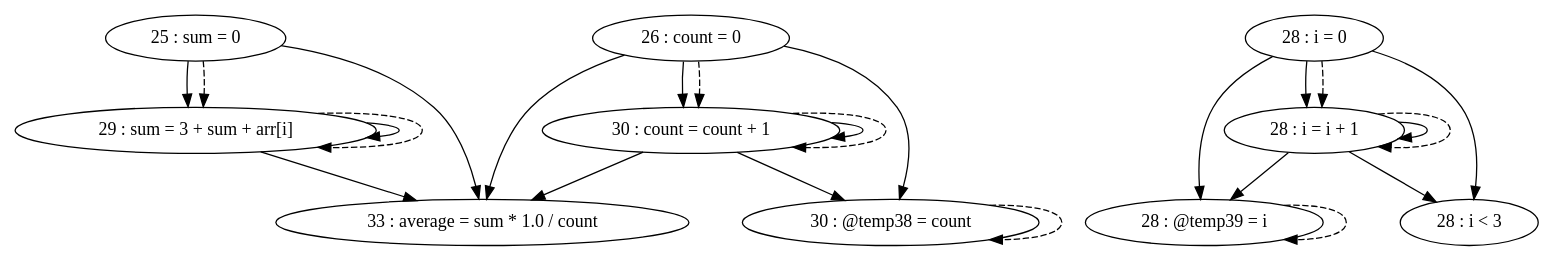
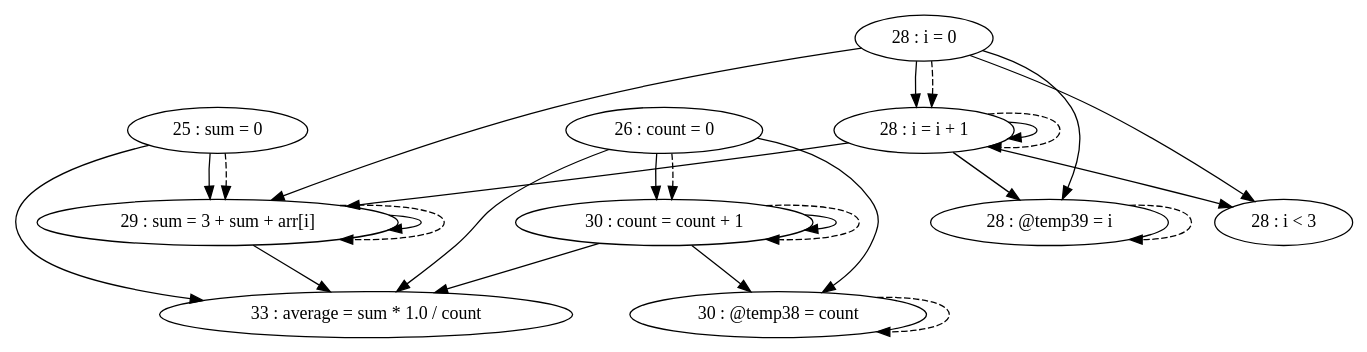
The diagram in pdg/source/testFiles/TestCases/TestCase8/TestCase8-test2.gv (thomassimko/thesis-code-duplication), drawn with Graphviz before and after one commit. The commit also changed 33 other files, not shown here.

```diff
--- a/pdg/source/testFiles/TestCases/TestCase8/TestCase8-test2.gv
+++ b/pdg/source/testFiles/TestCases/TestCase8/TestCase8-test2.gv
@@ -1,36 +1,38 @@
 digraph G {
 "25 : sum = 0"
 "25 : sum = 0" -> "29 : sum = 3 + sum + arr[i]"
 "25 : sum = 0" -> "33 : average = sum * 1.0 / count"
 "25 : sum = 0" -> "29 : sum = 3 + sum + arr[i]" [style=dashed]
 "26 : count = 0"
 "26 : count = 0" -> "30 : @temp38 = count"
 "26 : count = 0" -> "30 : count = count + 1"
 "26 : count = 0" -> "33 : average = sum * 1.0 / count"
 "26 : count = 0" -> "30 : count = count + 1" [style=dashed]
 "28 : i = 0"
 "28 : i = 0" -> "28 : i = i + 1"
+"28 : i = 0" -> "29 : sum = 3 + sum + arr[i]"
 "28 : i = 0" -> "28 : @temp39 = i"
 "28 : i = 0" -> "28 : i < 3"
 "28 : i = 0" -> "28 : i = i + 1" [style=dashed]
 "28 : i < 3"
 "29 : sum = 3 + sum + arr[i]"
 "29 : sum = 3 + sum + arr[i]" -> "29 : sum = 3 + sum + arr[i]"
 "29 : sum = 3 + sum + arr[i]" -> "33 : average = sum * 1.0 / count"
 "29 : sum = 3 + sum + arr[i]" -> "29 : sum = 3 + sum + arr[i]" [style=dashed]
 "30 : @temp38 = count"
 "30 : @temp38 = count" -> "30 : @temp38 = count" [style=dashed]
 "30 : count = count + 1"
 "30 : count = count + 1" -> "30 : @temp38 = count"
 "30 : count = count + 1" -> "30 : count = count + 1"
 "30 : count = count + 1" -> "33 : average = sum * 1.0 / count"
 "30 : count = count + 1" -> "30 : count = count + 1" [style=dashed]
 "28 : @temp39 = i"
 "28 : @temp39 = i" -> "28 : @temp39 = i" [style=dashed]
 "28 : i = i + 1"
 "28 : i = i + 1" -> "28 : i = i + 1"
+"28 : i = i + 1" -> "29 : sum = 3 + sum + arr[i]"
 "28 : i = i + 1" -> "28 : @temp39 = i"
 "28 : i = i + 1" -> "28 : i < 3"
 "28 : i = i + 1" -> "28 : i = i + 1" [style=dashed]
 "33 : average = sum * 1.0 / count"
 }
```
